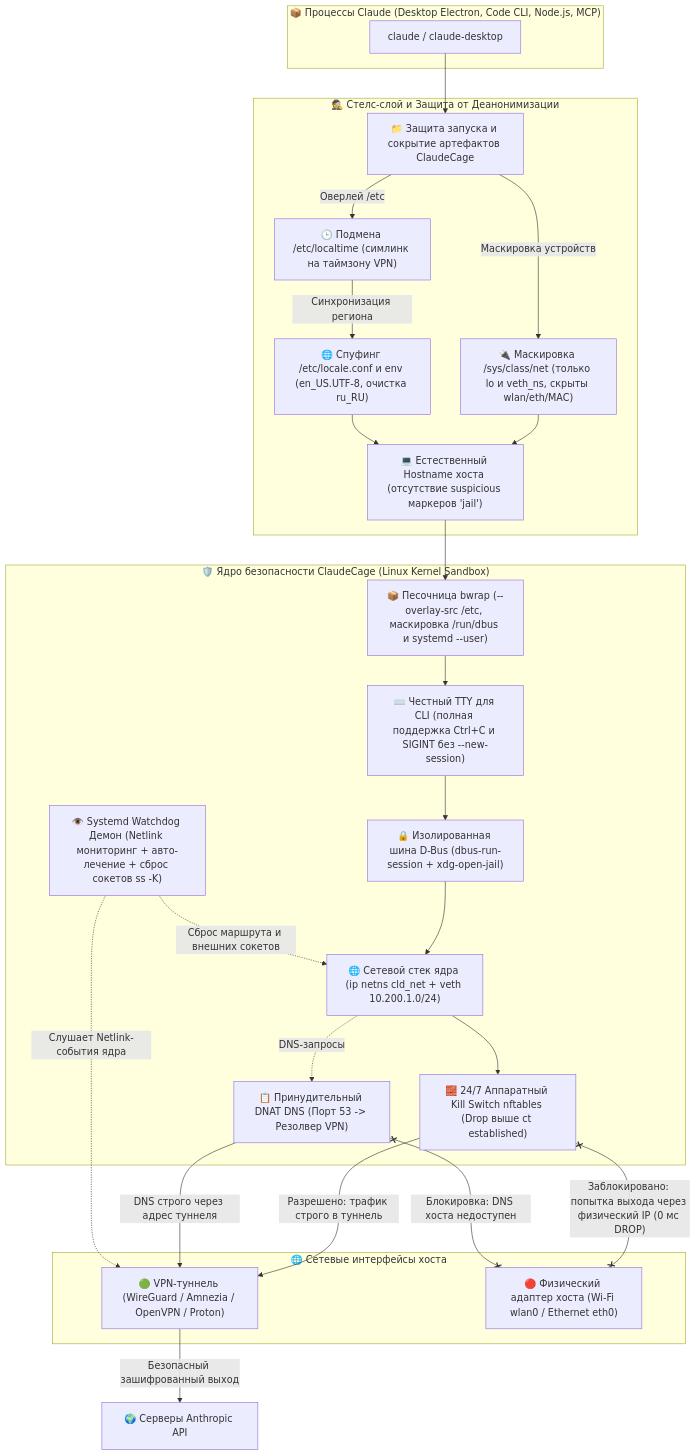
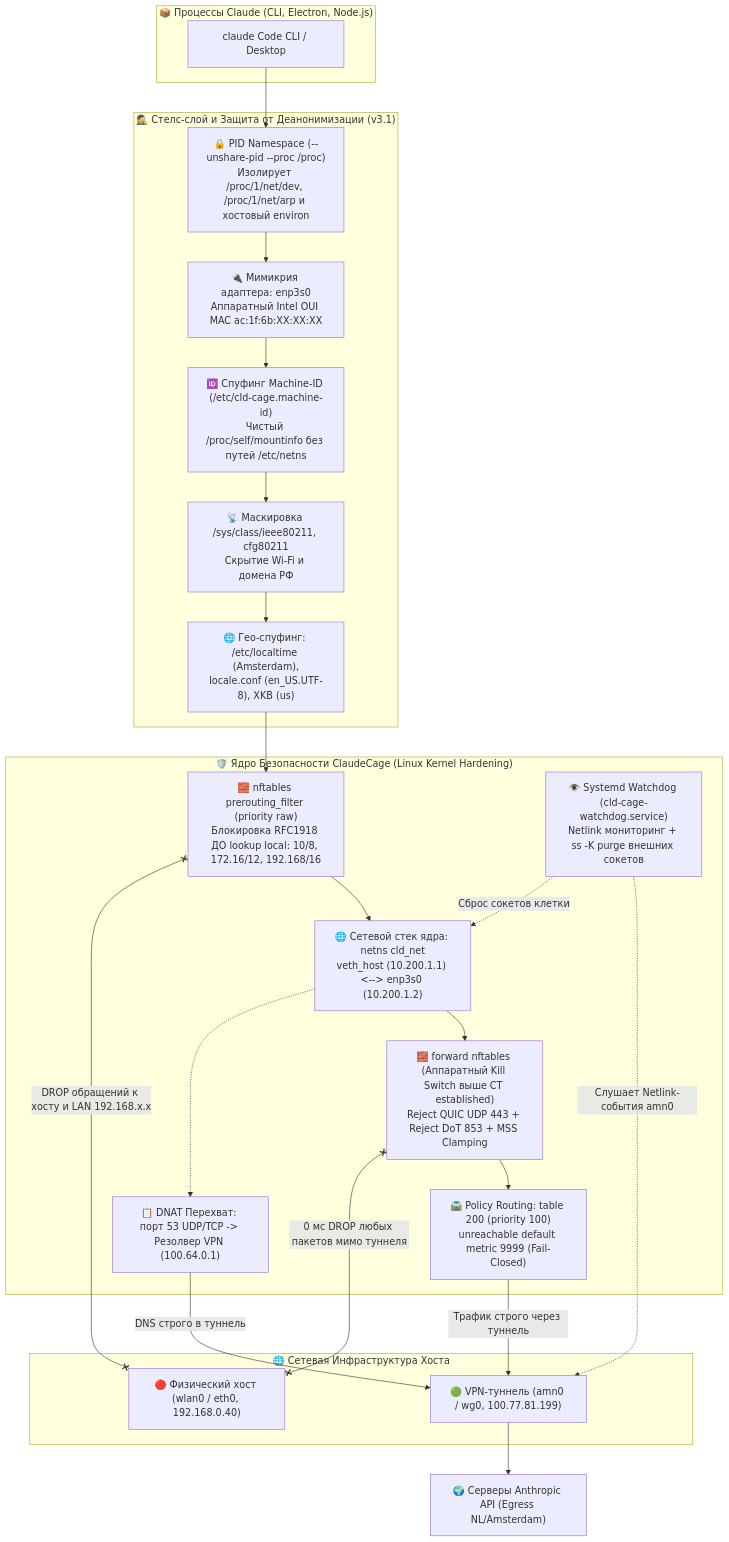
Before and after one commit to NikitaLozinsky/ClaudeCage_Linux: the diagram in SECURITY_AUDIT_ARGON4.md, drawn with Mermaid. The commit also changed other lines of this file and 9 other files, not shown here.

First line of the commit message:
feat(v3.1): upgrade to ClaudeCage v3.1 (Deep Stealth & Kernel Hardening)

````diff
--- a/SECURITY_AUDIT_ARGON4.md
+++ b/SECURITY_AUDIT_ARGON4.md
@@ -33,49 +25,55 @@
 ```mermaid
 flowchart TD
-    subgraph App["📦 Процессы Claude (Desktop Electron, Code CLI, Node.js, MCP)"]
-        CL["claude / claude-desktop"]
+    subgraph AppProcess["📦 Процессы Claude (CLI, Electron, Node.js)"]
+        CL["claude Code CLI / Desktop"]
     end
 
-    subgraph Stealth["🕵️ Стелс-слой и Защита от Деанонимизации"]
-        HIDE["📁 Защита запуска и сокрытие артефактов ClaudeCage"]
-        NET_HIDE["🔌 Маскировка /sys/class/net (только lo и veth_ns, скрыты wlan/eth/MAC)"]
-        TZ_SPOOF["🕒 Подмена /etc/localtime (симлинк на таймзону VPN)"]
-        LOC_SPOOF["🌐 Спуфинг /etc/locale.conf и env (en_US.UTF-8, очистка ru_RU)"]
-        HOST_KEEP["💻 Естественный Hostname хоста (отсутствие suspicious маркеров 'jail')"]
+    subgraph StealthLayer["🕵️ Стелс-слой и Защита от Деанонимизации (v3.1)"]
+        PID_NS["🔒 PID Namespace (--unshare-pid --proc /proc)
+Изолирует /proc/1/net/dev, /proc/1/net/arp и хостовый environ"]
+        NET_MIMIC["🔌 Мимикрия адаптера: enp3s0
+Аппаратный Intel OUI MAC ac:1f:6b:XX:XX:XX"]
+        MID_SPOOF["🆔 Спуфинг Machine-ID (/etc/cld-cage.machine-id)
+Чистый /proc/self/mountinfo без путей /etc/netns"]
+        SYS_MASK["📡 Маскировка /sys/class/ieee80211, cfg80211
+Скрытие Wi-Fi и домена РФ"]
+        GEO_SPOOF["🌐 Гео-спуфинг: /etc/localtime (Amsterdam),
+locale.conf (en_US.UTF-8), XKB (us)"]
 
-        HIDE -->|"Маскировка устройств"| NET_HIDE
-        HIDE -->|"Оверлей /etc"| TZ_SPOOF
-        TZ_SPOOF -->|"Синхронизация региона"| LOC_SPOOF
-        NET_HIDE --> HOST_KEEP
-        LOC_SPOOF --> HOST_KEEP
+        PID_NS --> NET_MIMIC --> MID_SPOOF --> SYS_MASK --> GEO_SPOOF
     end
 
-    subgraph Defense["🛡️ Ядро безопасности ClaudeCage (Linux Kernel Sandbox)"]
-        BWRAP["📦 Песочница bwrap (--overlay-src /etc, маскировка /run/dbus и systemd --user)"]
-        TTY_FIX["⌨️ Честный TTY для CLI (полная поддержка Ctrl+C и SIGINT без --new-session)"]
-        DBUS["🔒 Изолированная шина D-Bus (dbus-run-session + xdg-open-jail)"]
-        NETNS["🌐 Сетевой стек ядра (ip netns cld_net + veth 10.200.1.0/24)"]
-        NFT["🧱 24/7 Аппаратный Kill Switch nftables (Drop выше ct established)"]
-        DNAT["📋 Принудительный DNAT DNS (Порт 53 -> Резолвер VPN)"]
-        WD["👁️ Systemd Watchdog Демон (Netlink мониторинг + авто-лечение + сброс сокетов ss -K)"]
+    subgraph KernelDefense["🛡️ Ядро Безопасности ClaudeCage (Linux Kernel Hardening)"]
+        RAW_NFT["🧱 nftables prerouting_filter (priority raw)
+Блокировка RFC1918 ДО lookup local: 10/8, 172.16/12, 192.168/16"]
+        NETNS_STACK["🌐 Сетевой стек ядра: netns cld_net
+veth_host (10.200.1.1) <--> enp3s0 (10.200.1.2)"]
+        FWD_NFT["🧱 forward nftables (Аппаратный Kill Switch выше CT established)
+Reject QUIC UDP 443 + Reject DoT 853 + MSS Clamping"]
+        DNAT_DNS["📋 DNAT Перехват: порт 53 UDP/TCP -> Резолвер VPN (100.64.0.1)"]
+        POL_ROUTING["🛣️ Policy Routing: table 200 (priority 100)
+unreachable default metric 9999 (Fail-Closed)"]
+        WD_DAEMON["👁️ Systemd Watchdog (cld-cage-watchdog.service)
+Netlink мониторинг + ss -K purge внешних сокетов"]
     end
 
-    subgraph Net["🌐 Сетевые интерфейсы хоста"]
-        VPN["🟢 VPN-туннель (WireGuard / Amnezia / OpenVPN / Proton)"]
-        ETH["🔴 Физический адаптер хоста (Wi-Fi wlan0 / Ethernet eth0)"]
+    subgraph HostNetwork["🌐 Сетевая Инфраструктура Хоста"]
+        TUNNEL["🟢 VPN-туннель (amn0 / wg0, 100.77.81.199)"]
+        PHYS_IF["🔴 Физический хост (wlan0 / eth0, 192.168.0.40)"]
     end
 
-    CL --> HIDE
-    HOST_KEEP --> BWRAP --> TTY_FIX --> DBUS --> NETNS --> NFT
-    NETNS -.->|"DNS-запросы"| DNAT
+    CL --> PID_NS
+    GEO_SPOOF --> RAW_NFT --> NETNS_STACK --> FWD_NFT
+    NETNS_STACK -.-> DNAT_DNS
+    FWD_NFT --> POL_ROUTING
 
-    NFT -->|"Разрешено: трафик строго в туннель"| VPN
-    NFT x--x|"Заблокировано: попытка выхода через физический IP (0 мс DROP)"| ETH
-    DNAT -->|"DNS строго через адрес туннеля"| VPN
-    DNAT x--x|"Блокировка: DNS хоста недоступен"| ETH
+    POL_ROUTING -->|"Трафик строго через туннель"| TUNNEL
+    FWD_NFT x--x|"0 мс DROP любых пакетов мимо туннеля"| PHYS_IF
+    RAW_NFT x--x|"DROP обращений к хосту и LAN 192.168.x.x"| PHYS_IF
+    DNAT_DNS -->|"DNS строго в туннель"| TUNNEL
 
-    WD -.->|"Слушает Netlink-события ядра"| VPN
-    WD -.->|"Сброс маршрута и внешних сокетов"| NETNS
+    WD_DAEMON -.->|"Слушает Netlink-события amn0"| TUNNEL
+    WD_DAEMON -.->|"Сброс сокетов клетки"| NETNS_STACK
 
-    VPN -->|"Безопасный зашифрованный выход"| Internet["🌍 Серверы Anthropic API"]
+    TUNNEL --> Internet["🌍 Серверы Anthropic API (Egress NL/Amsterdam)"]
 ```
````
